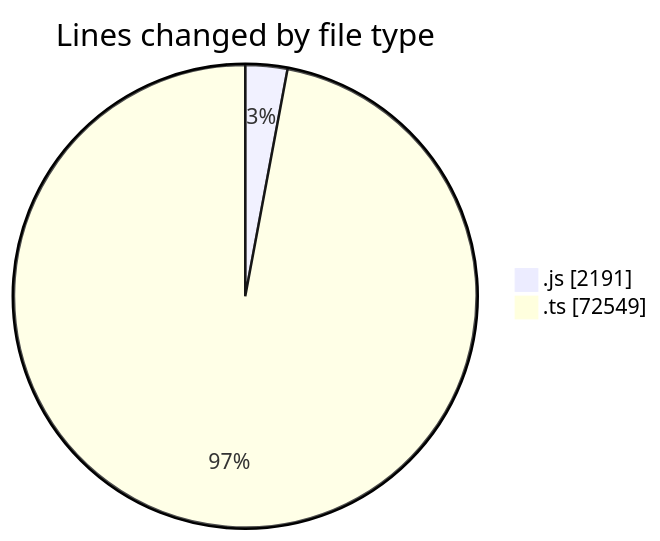
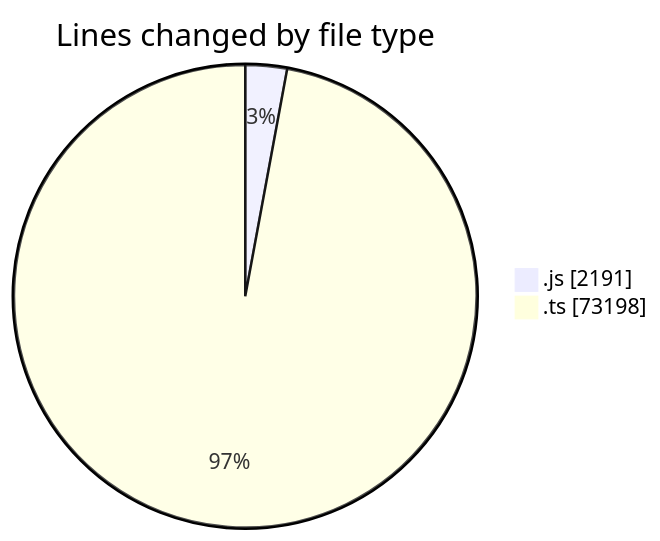
One commit to momahboobian/code-tracking changed the first of 2 diagrams in 2025-06-19/cda/README.md. Above: the diagram before and after it, drawn with Mermaid. The commit also changed other lines of this file and 1 other file, not shown here.

````diff
--- a/2025-06-19/cda/README.md
+++ b/2025-06-19/cda/README.md
@@ -40,6 +40,6 @@
 ```mermaid
 pie showData
 title Lines changed by file type
 ".js" : 2191
-".ts" : 72549
+".ts" : 73198
 ```
````
